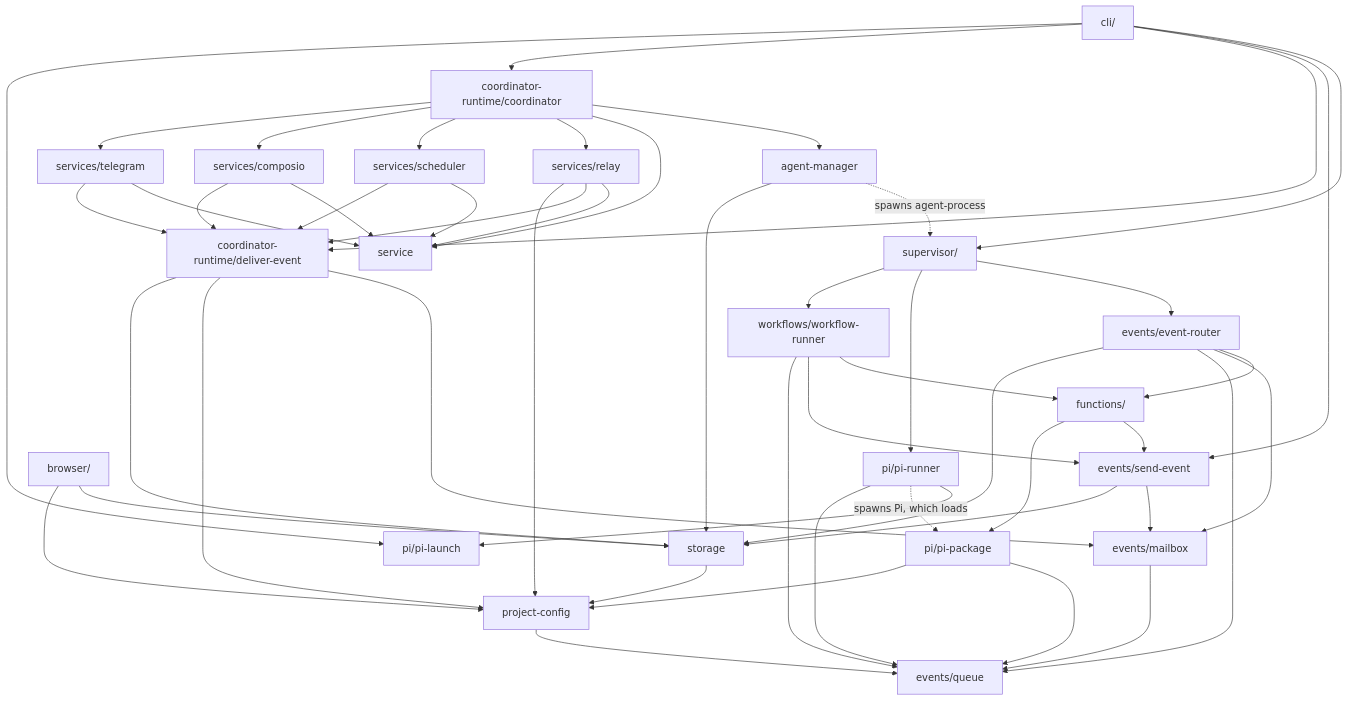
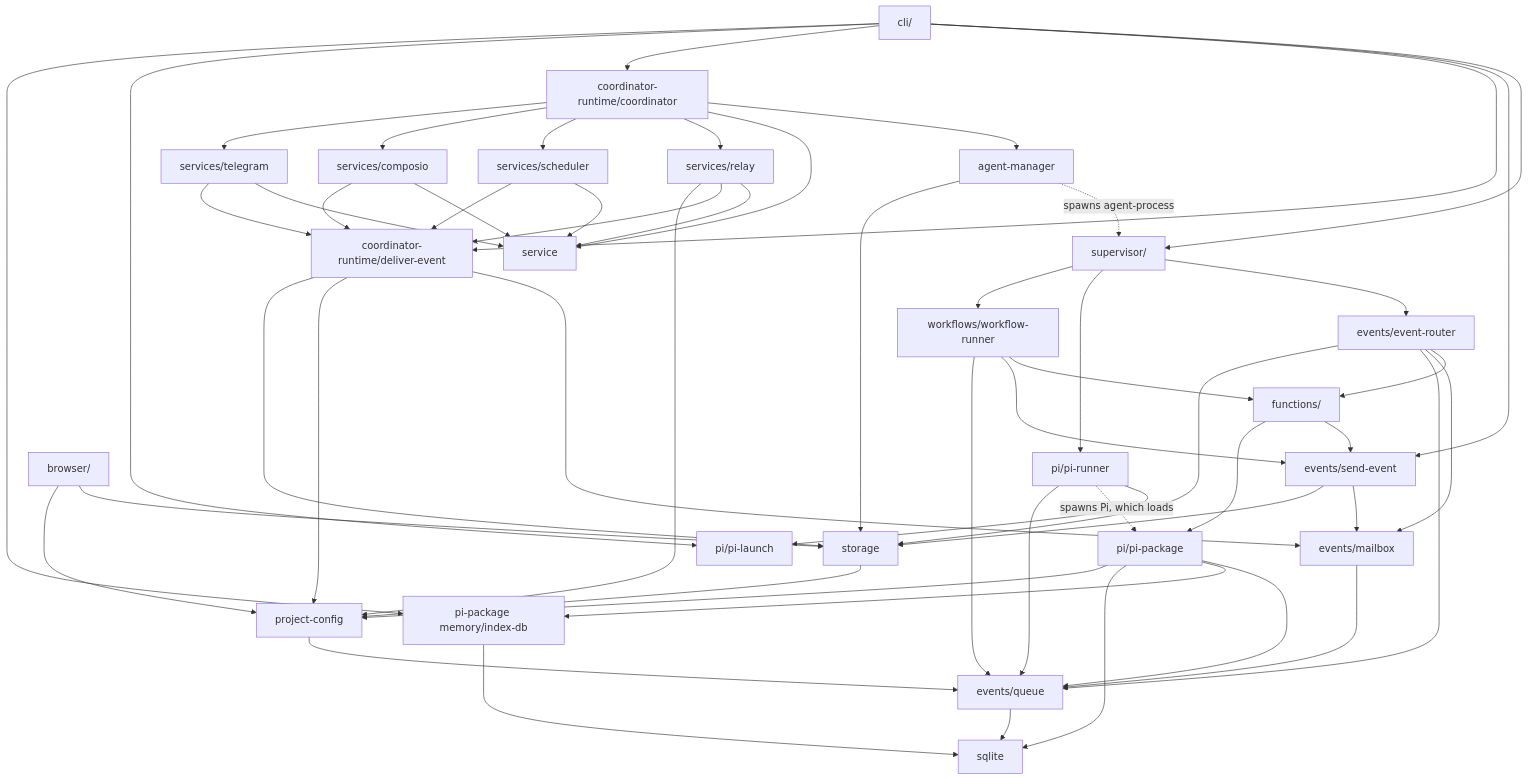
One commit to cognisphere-sh/agent-x changed the diagram in docs/high_level_design.md. Above: the diagram before and after it, drawn with Mermaid. The commit also changed other lines of this file and 50 other files, not shown here.

````diff
--- a/docs/high_level_design.md
+++ b/docs/high_level_design.md
@@ -44,21 +45,23 @@
 ```mermaid
 flowchart TD
-  CLI["cli/"] --> SUP["supervisor/"] & SEND["events/send-event"] & DELIV["coordinator-runtime/deliver-event"] & COORD["coordinator-runtime/coordinator"] & LAUNCH["pi/pi-launch"]
+  CLI["cli/"] --> SUP["supervisor/"] & SEND["events/send-event"] & DELIV["coordinator-runtime/deliver-event"] & COORD["coordinator-runtime/coordinator"] & LAUNCH["pi/pi-launch"] & MEMDB["pi-package memory/index-db"]
   COORD --> MGR["agent-manager"] & SVC["service"] & DELY["services/relay"] & SCHED["services/scheduler"] & CMP["services/composio"] & TG["services/telegram"]
   DELY & SCHED & CMP & TG --> SVC
   DELY & SCHED & CMP & TG --> DELIV
   BR["browser/"] --> ST & PC
   MGR -. "spawns agent-process" .-> SUP
   SUP --> ER["events/event-router"] & PR["pi/pi-runner"] & WR["workflows/workflow-runner"]
   ER & WR --> FN["functions/"]
   FN --> SEND & PKG
   WR --> SEND
   PR --> LAUNCH
   PR -. "spawns Pi, which loads" .-> PKG["pi/pi-package"]
   ER & DELIV & SEND --> MB["events/mailbox"]
   ER & WR & PR & PKG & MB --> Q["events/queue"]
+  PKG --> MEMDB
+  Q & PKG & MEMDB --> SQL["sqlite"]
   PKG --> PC["project-config"]
   DELIV & DELY --> PC
   ER & SEND & DELIV & MGR --> ST["storage"]
   ST --> PC --> Q
 ```
````
